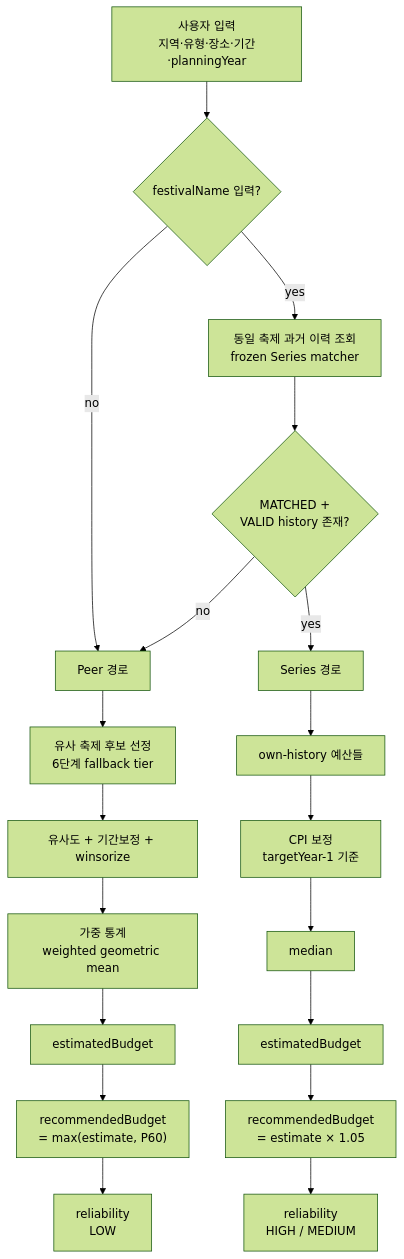
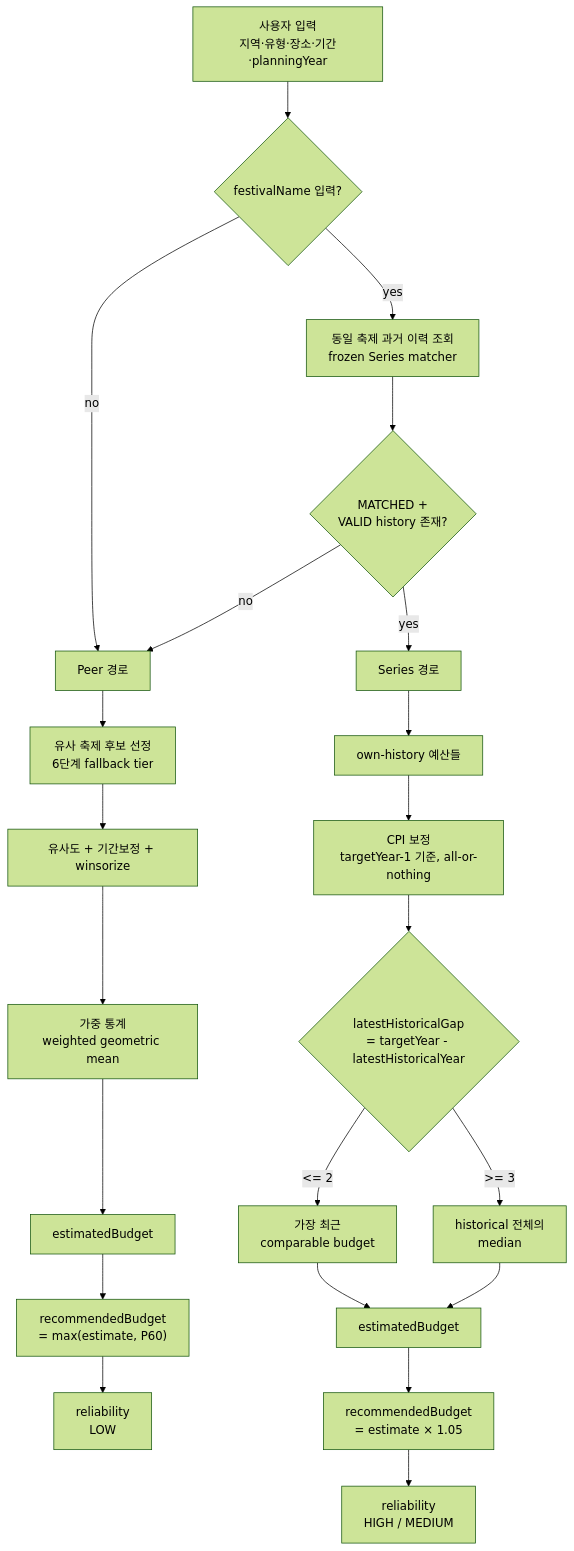
One commit to Andaemin/festival-RADAR changed the diagram in docs/budget-algorithm-final.md. Above: the diagram before and after it, drawn with Mermaid (forest theme). The commit also changed other lines of this file and 1 other file, not shown here.

````diff
--- a/docs/budget-algorithm-final.md
+++ b/docs/budget-algorithm-final.md
@@ -58,23 +58,26 @@
 ```mermaid
 flowchart TD
     A[사용자 입력<br/>지역·유형·장소·기간·planningYear] --> B{festivalName 입력?}
     B -- no --> P[Peer 경로]
     B -- yes --> C[동일 축제 과거 이력 조회<br/>frozen Series matcher]
     C --> D{MATCHED +<br/>VALID history 존재?}
     D -- no --> P
     D -- yes --> S[Series 경로]
 
     S --> S1[own-history 예산들]
-    S1 --> S2[CPI 보정<br/>targetYear-1 기준]
-    S2 --> S3[median]
-    S3 --> S4[estimatedBudget]
+    S1 --> S2[CPI 보정<br/>targetYear-1 기준, all-or-nothing]
+    S2 --> SG{latestHistoricalGap<br/>= targetYear - latestHistoricalYear}
+    SG -- "<= 2" --> SL[가장 최근<br/>comparable budget]
+    SG -- ">= 3" --> SM[historical 전체의<br/>median]
+    SL --> S4[estimatedBudget]
+    SM --> S4
     S4 --> S5["recommendedBudget<br/>= estimate × 1.05"]
     S5 --> S6[reliability<br/>HIGH / MEDIUM]
 
     P --> P1[유사 축제 후보 선정<br/>6단계 fallback tier]
     P1 --> P2[유사도 + 기간보정 + winsorize]
     P2 --> P3[가중 통계<br/>weighted geometric mean]
     P3 --> P4[estimatedBudget]
     P4 --> P5["recommendedBudget<br/>= max(estimate, P60)"]
     P5 --> P6[reliability<br/>LOW]
 ```
````
